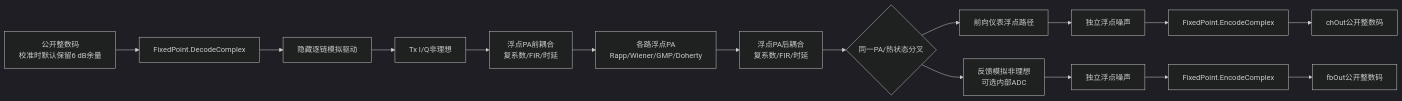
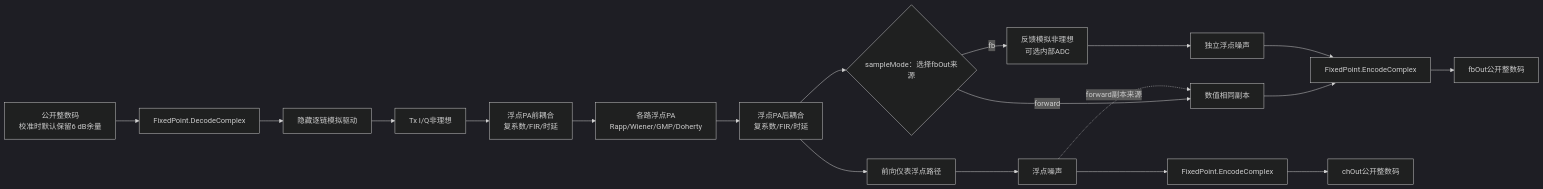
The third of 4 diagrams in doc/FixedPoint.md (niyilu45/DPD_ILC), drawn with Mermaid (dark theme) before and after one commit. The commit also changed other lines of this file and 16 other files, not shown here.

````diff
--- a/doc/FixedPoint.md
+++ b/doc/FixedPoint.md
@@ -210,18 +210,21 @@
 ```mermaid
 flowchart LR
     publicInput["公开整数码<br/>校准时默认保留6 dB余量"] --> decode["FixedPoint.DecodeComplex"]
     decode --> analogDrive["隐藏逐链模拟驱动"]
     analogDrive --> txIq["Tx I/Q非理想"]
     txIq --> pre["浮点PA前耦合<br/>复系数/FIR/时延"]
     pre --> pa["各路浮点PA<br/>Rapp/Wiener/GMP/Doherty"]
     pa --> post["浮点PA后耦合<br/>复系数/FIR/时延"]
-    post --> branch{"同一PA/热状态分叉"}
-    branch --> forward["前向仪表浮点路径"]
-    branch --> fb["反馈模拟非理想<br/>可选内部ADC"]
-    forward --> forwardNoise["独立浮点噪声"]
+    post --> forward["前向仪表浮点路径"]
+    forward --> forwardNoise["浮点噪声"]
+    post --> sampleMode{"sampleMode：选择fbOut来源"}
+    sampleMode -->|forward| copy["数值相同副本"]
+    sampleMode -->|fb| fb["反馈模拟非理想<br/>可选内部ADC"]
+    forwardNoise -. "forward副本来源" .-> copy
     fb --> feedbackNoise["独立浮点噪声"]
     forwardNoise --> encodeCh["FixedPoint.EncodeComplex"]
+    copy --> encodeFb
     feedbackNoise --> encodeFb["FixedPoint.EncodeComplex"]
     encodeCh --> chOut["chOut公开整数码"]
     encodeFb --> fbOut["fbOut公开整数码"]
 ```
````
